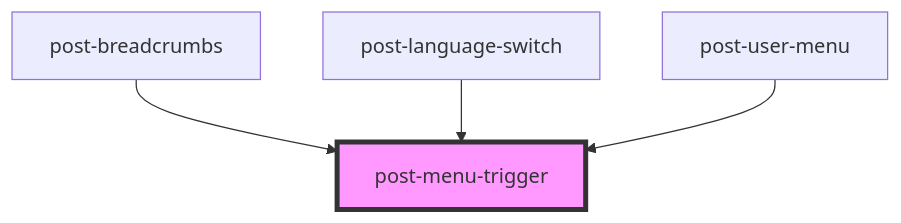
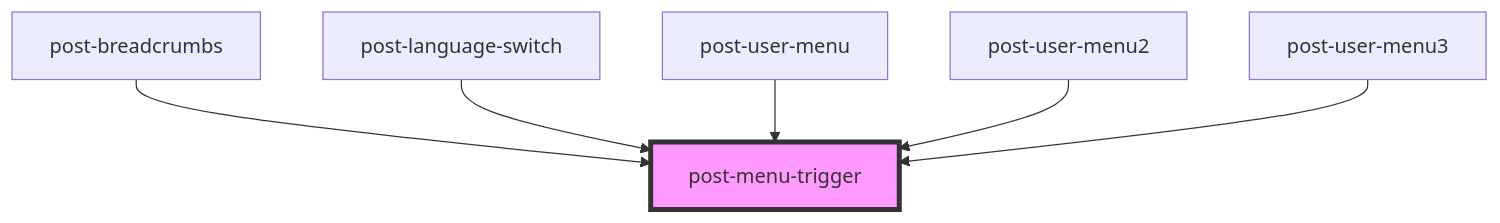
One commit to swisspost/design-system changed the diagram in packages/components/src/components/post-menu-trigger/readme.md. Above: the diagram before and after it, drawn with Mermaid. The commit also changed other lines of this file and 1 other file, not shown here.

````diff
--- a/packages/components/src/components/post-menu-trigger/readme.md
+++ b/packages/components/src/components/post-menu-trigger/readme.md
@@ -24,7 +26,9 @@
 ```mermaid
 graph TD;
   post-breadcrumbs --> post-menu-trigger
   post-language-switch --> post-menu-trigger
   post-user-menu --> post-menu-trigger
+  post-user-menu2 --> post-menu-trigger
+  post-user-menu3 --> post-menu-trigger
   style post-menu-trigger fill:#f9f,stroke:#333,stroke-width:4px
 ```
````
